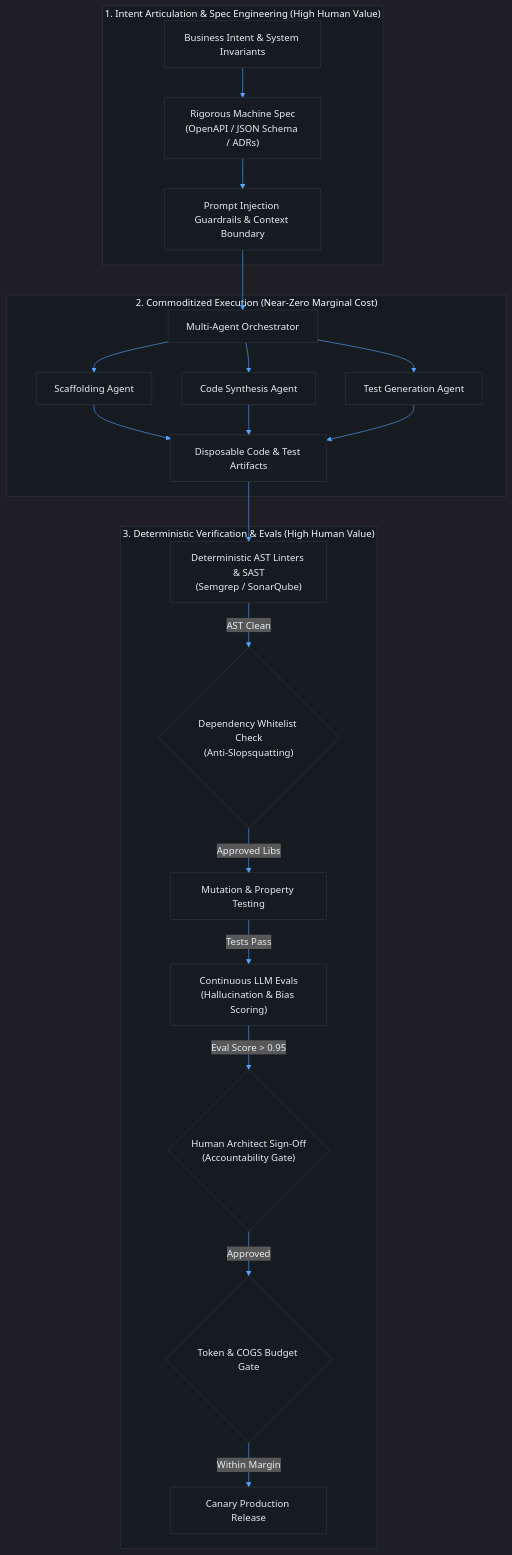
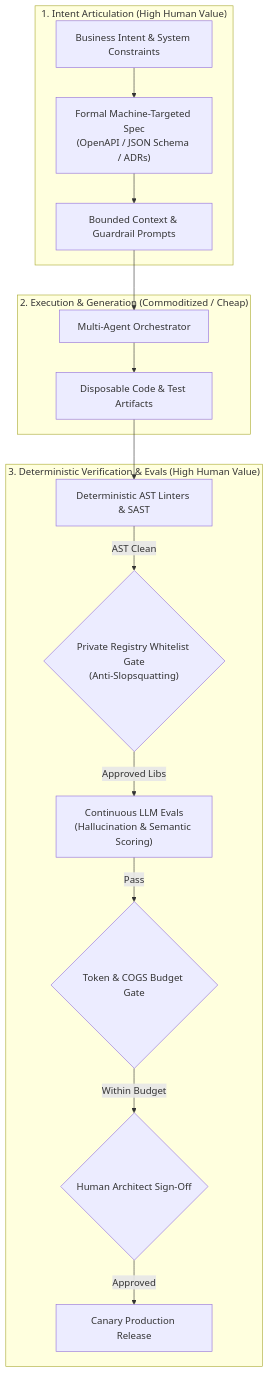
One commit to shreyash2601/bits-notes changed the diagram in AI-Augmented-Software-Development/Lecture 3/Lecture_03_Notes.md. Above: the diagram before and after it, drawn with Mermaid. The commit also changed other lines of this file and 31 other files, not shown here.

````diff
--- a/AI-Augmented-Software-Development/Lecture 3/Lecture_03_Notes.md
+++ b/AI-Augmented-Software-Development/Lecture 3/Lecture_03_Notes.md
@@ -151,26 +90,21 @@
 ```mermaid
-%%{init: {'theme': 'dark', 'themeVariables': { 'darkMode': true, 'background': '#0d1117', 'mainBkg': '#161b22', 'textColor': '#e6edf3', 'lineColor': '#58a6ff', 'errorBkgColor': '#8b0000', 'nodeBorder': '#30363d', 'clusterBkg': '#161b22', 'clusterBorder': '#30363d'}}}%%
 flowchart TD
-    subgraph Human_Domain_Upstream["1. Intent Articulation & Spec Engineering (High Human Value)"]
-        Req["Business Intent & System Invariants"] --> SpecDoc["Rigorous Machine Spec<br/>(OpenAPI / JSON Schema / ADRs)"]
-        SpecDoc --> GuardrailPrompt["Prompt Injection Guardrails & Context Boundary"]
+    subgraph Upstream["1. Intent Articulation (High Human Value)"]
+        Req["Business Intent & System Constraints"] --> Spec["Formal Machine-Targeted Spec<br/>(OpenAPI / JSON Schema / ADRs)"]
+        Spec --> Prompt["Bounded Context & Guardrail Prompts"]
     end
 
-    subgraph Agentic_Domain_Execution["2. Commoditized Execution (Near-Zero Marginal Cost)"]
-        GuardrailPrompt --> MultiAgent["Multi-Agent Orchestrator"]
-        MultiAgent --> Agent1["Scaffolding Agent"]
-        MultiAgent --> Agent2["Code Synthesis Agent"]
-        MultiAgent --> Agent3["Test Generation Agent"]
-        Agent1 & Agent2 & Agent3 --> RawCode["Disposable Code & Test Artifacts"]
+    subgraph Midstream["2. Execution & Generation (Commoditized / Cheap)"]
+        Prompt --> MultiAgent["Multi-Agent Orchestrator"]
+        MultiAgent --> CodeGen["Disposable Code & Test Artifacts"]
     end
 
-    subgraph Deterministic_Domain_Downstream["3. Deterministic Verification & Evals (High Human Value)"]
-        RawCode --> SAST["Deterministic AST Linters & SAST<br/>(Semgrep / SonarQube)"]
-        SAST -->|"AST Clean"| PkgCheck{"Dependency Whitelist Check<br/>(Anti-Slopsquatting)"}
-        PkgCheck -->|"Approved Libs"| UnitMutation["Mutation & Property Testing"]
-        UnitMutation -->|"Tests Pass"| LLMEvals["Continuous LLM Evals<br/>(Hallucination & Bias Scoring)"]
-        LLMEvals -->|"Eval Score > 0.95"| HITL{"Human Architect Sign-Off<br/>(Accountability Gate)"}
-        HITL -->|"Approved"| CostCheck{"Token & COGS Budget Gate"}
-        CostCheck -->|"Within Margin"| ProdDeploy["Canary Production Release"]
+    subgraph Downstream["3. Deterministic Verification & Evals (High Human Value)"]
+        CodeGen --> SAST["Deterministic AST Linters & SAST"]
+        SAST -->|"AST Clean"| PkgCheck{"Private Registry Whitelist Gate<br/>(Anti-Slopsquatting)"}
+        PkgCheck -->|"Approved Libs"| Evals["Continuous LLM Evals<br/>(Hallucination & Semantic Scoring)"]
+        Evals -->|"Pass"| BudgetGate{"Token & COGS Budget Gate"}
+        BudgetGate -->|"Within Budget"| HITL{"Human Architect Sign-Off"}
+        HITL -->|"Approved"| Deploy["Canary Production Release"]
     end
 ```
````
